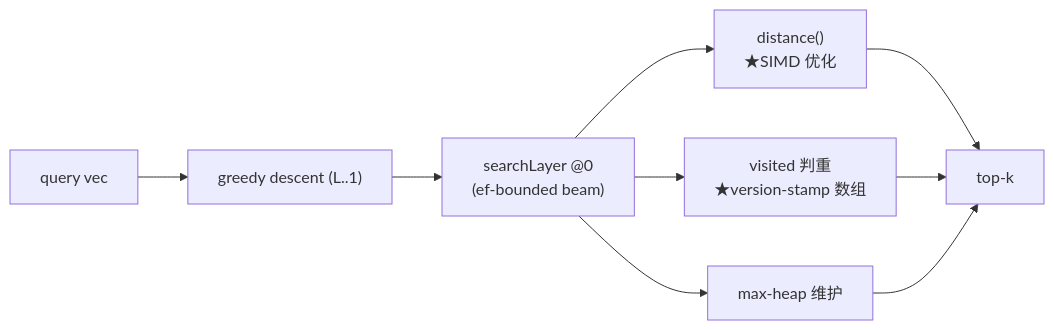
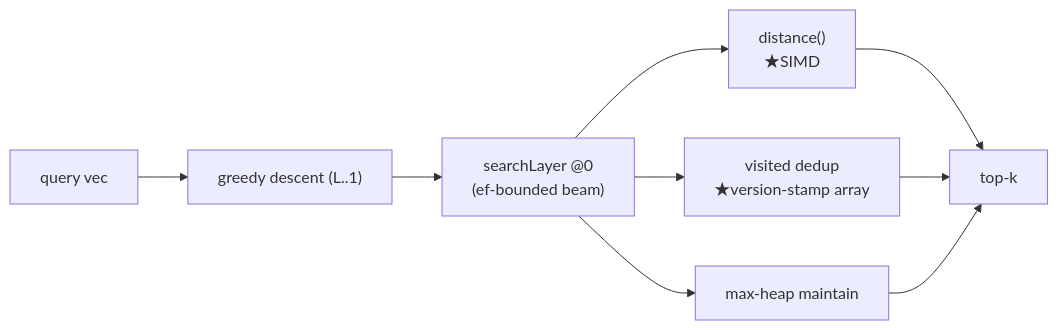
The second of 4 diagrams in docs/plans/phase-9-latency.md (AndyUneducated/repo-sage), drawn with Mermaid before and after one commit. The commit also changed other lines of this file and 14 other files, not shown here.

````diff
--- a/docs/plans/phase-9-latency.md
+++ b/docs/plans/phase-9-latency.md
@@ -86,11 +86,11 @@
 ```mermaid
 flowchart LR
   q["query vec"] --> desc["greedy descent (L..1)"]
   desc --> beam["searchLayer @0<br/>(ef-bounded beam)"]
-  beam --> dist["distance()<br/>★SIMD 优化"]
-  beam --> vis["visited 判重<br/>★version-stamp 数组"]
-  beam --> heap["max-heap 维护"]
+  beam --> dist["distance()<br/>★SIMD"]
+  beam --> vis["visited dedup<br/>★version-stamp array"]
+  beam --> heap["max-heap maintain"]
   dist --> out["top-k"]
   vis --> out
   heap --> out
 ```
````
